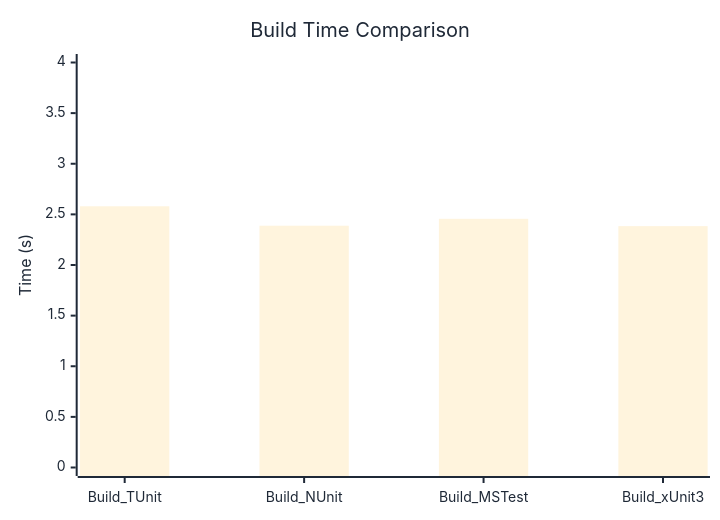
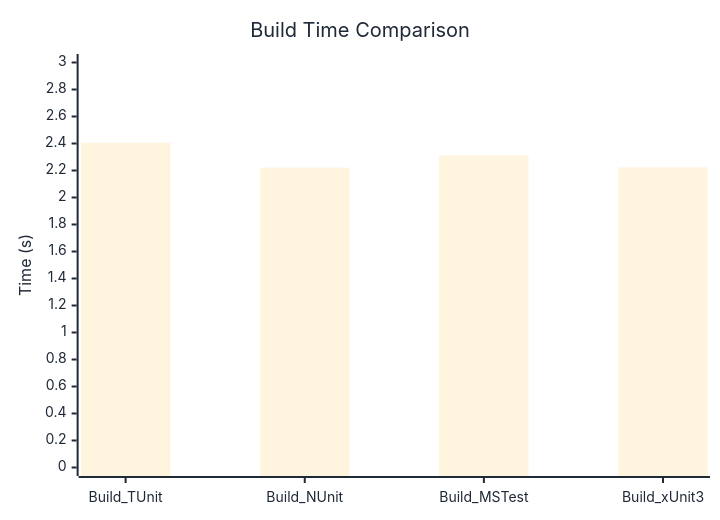
The diagram in docs/docs/benchmarks/BuildTime.md (thomhurst/TUnit), drawn with Mermaid before and after one commit. The commit also changed other lines of this file and 17 other files, not shown here.

````diff
--- a/docs/docs/benchmarks/BuildTime.md
+++ b/docs/docs/benchmarks/BuildTime.md
@@ -28,37 +28,37 @@
 ```mermaid
 %%{init: {
   'theme':'base',
   'themeVariables': {
     'primaryColor': '#2563eb',
     'primaryTextColor': '#1f2937',
     'primaryBorderColor': '#1e40af',
     'lineColor': '#6b7280',
     'secondaryColor': '#7c3aed',
     'tertiaryColor': '#dc2626',
     'background': '#ffffff',
     'mainBkg': '#2563eb',
     'secondBkg': '#7c3aed',
     'tertiaryBkg': '#dc2626',
     'clusterBkg': '#f3f4f6',
     'edgeLabelBackground': '#ffffff',
     'tertiaryTextColor': '#1f2937',
     'pie1': '#2563eb',
     'pie2': '#7c3aed',
     'pie3': '#dc2626',
     'pie4': '#f59e0b',
     'pie5': '#10b981',
     'pie6': '#06b6d4',
     'pie7': '#ec4899',
     'pie8': '#6366f1',
     'pie9': '#84cc16',
     'pie10': '#f97316',
     'pie11': '#14b8a6',
     'pie12': '#a855f7'
   }
 }}%%
 xychart-beta
   title "Build Time Comparison"
   x-axis ["Build_TUnit", "Build_NUnit", "Build_MSTest", "Build_xUnit3"]
-  y-axis "Time (s)" 0 --> 4
-  bar [2.58, 2.388, 2.456, 2.384]
+  y-axis "Time (s)" 0 --> 3
+  bar [2.406, 2.221, 2.312, 2.223]
 ```
````
